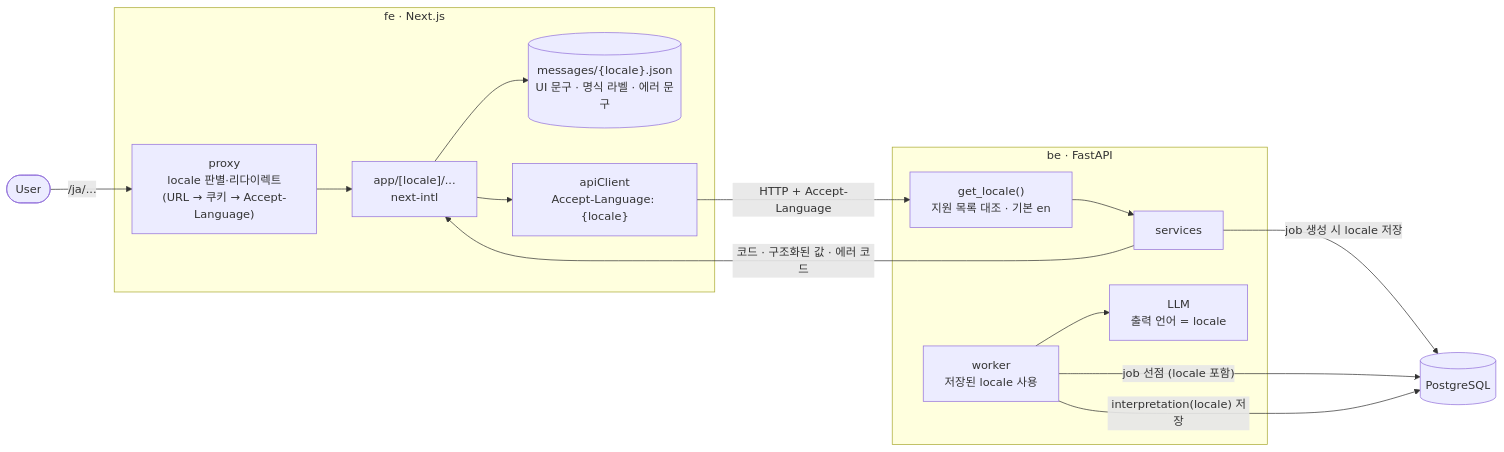
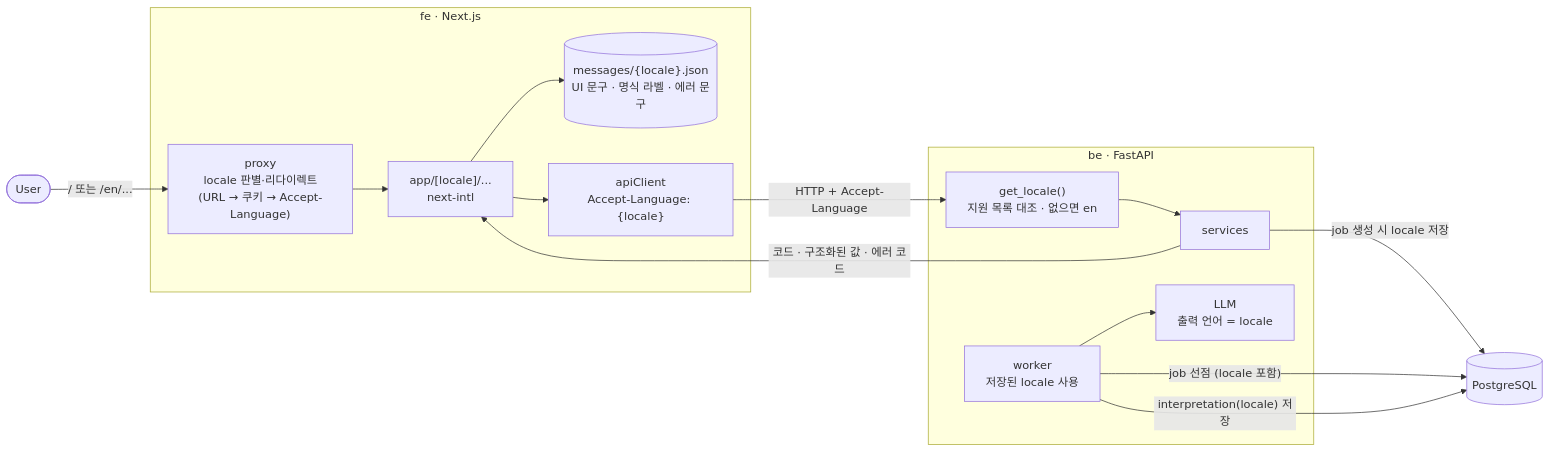
One commit to Dae-Jeong/k-saju changed the first of 3 diagrams in docs/i18n.md. Above: the diagram before and after it, drawn with Mermaid. The commit also changed other lines of this file and 6 other files, not shown here.

````diff
--- a/docs/i18n.md
+++ b/docs/i18n.md
@@ -19,29 +20,29 @@
 ```mermaid
 flowchart LR
     User(["User"])
 
     subgraph FE["fe · Next.js"]
         Proxy["proxy<br/>locale 판별·리다이렉트<br/>(URL → 쿠키 → Accept-Language)"]
         Page["app/[locale]/...<br/>next-intl"]
         Msg[("messages/{locale}.json<br/>UI 문구 · 명식 라벨 · 에러 문구")]
         Client["apiClient<br/>Accept-Language: {locale}"]
     end
 
     subgraph BE["be · FastAPI"]
-        Dep["get_locale()<br/>지원 목록 대조 · 기본 en"]
+        Dep["get_locale()<br/>지원 목록 대조 · 없으면 en"]
         Svc["services"]
         Worker["worker<br/>저장된 locale 사용"]
         LLM["LLM<br/>출력 언어 = locale"]
     end
 
     DB[("PostgreSQL")]
 
-    User -->|"/ja/..."| Proxy --> Page
+    User -->|"/ 또는 /en/..."| Proxy --> Page
     Page --> Msg
     Page --> Client -->|"HTTP + Accept-Language"| Dep --> Svc
     Svc -->|"job 생성 시 locale 저장"| DB
     Worker -->|"job 선점 (locale 포함)"| DB
     Worker --> LLM
     Worker -->|"interpretation(locale) 저장"| DB
     Svc -->|"코드 · 구조화된 값 · 에러 코드"| Page
 ```
````
